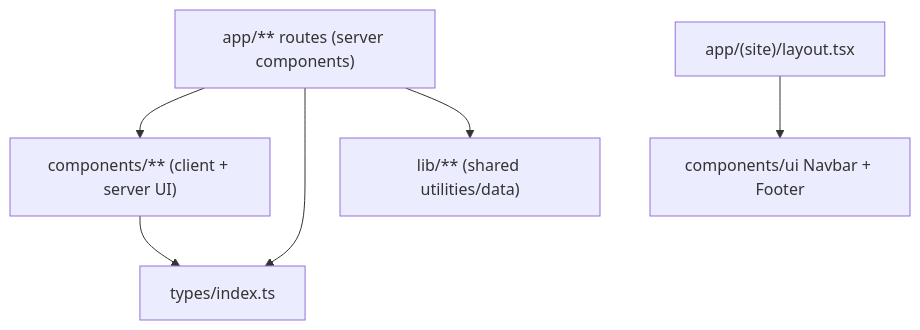
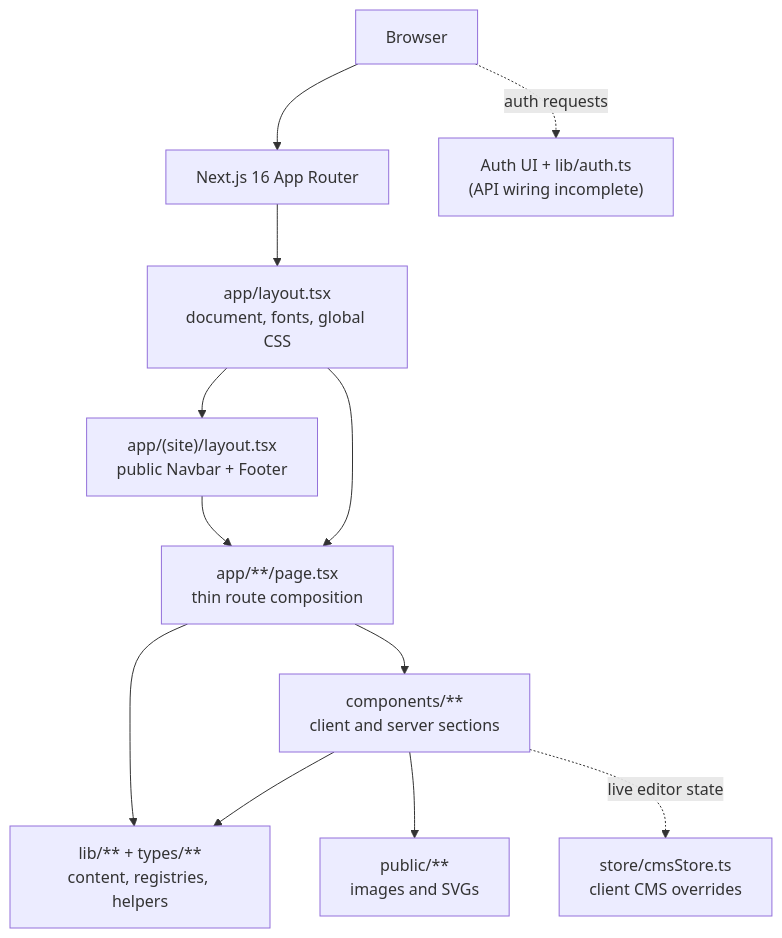
Before and after one commit to flashcode635/CMS: the second of 7 diagrams in architecture.md, drawn with Mermaid. The commit also changed other lines of this file and 25 other files, not shown here.

````diff
--- a/architecture.md
+++ b/architecture.md
@@ -55,8 +46,23 @@
 ```mermaid
-flowchart TD
-  A["app/** routes (server components)"] --> B["components/** (client + server UI)"]
-  A --> T["types/index.ts"]
-  B --> T
-  A --> L["lib/** (shared utilities/data)"]
-  N["app/(site)/layout.tsx"] --> U["components/ui Navbar + Footer"]
+flowchart TB
+    Browser["Browser"]
+    Next["Next.js 16 App Router"]
+    Root["app/layout.tsx<br/>document, fonts, global CSS"]
+    Site["app/(site)/layout.tsx<br/>public Navbar + Footer"]
+    Routes["app/**/page.tsx<br/>thin route composition"]
+    UI["components/**<br/>client and server sections"]
+    Shared["lib/** + types/**<br/>content, registries, helpers"]
+    Assets["public/**<br/>images and SVGs"]
+    Auth["Auth UI + lib/auth.ts<br/>(API wiring incomplete)"]
+    CMS["store/cmsStore.ts<br/>client CMS overrides"]
+
+    Browser --> Next --> Root
+    Root --> Site --> Routes
+    Root --> Routes
+    Routes --> UI
+    Routes --> Shared
+    UI --> Shared
+    UI --> Assets
+    Browser -. "auth requests" .-> Auth
+    UI -. "live editor state" .-> CMS
 ```
````
